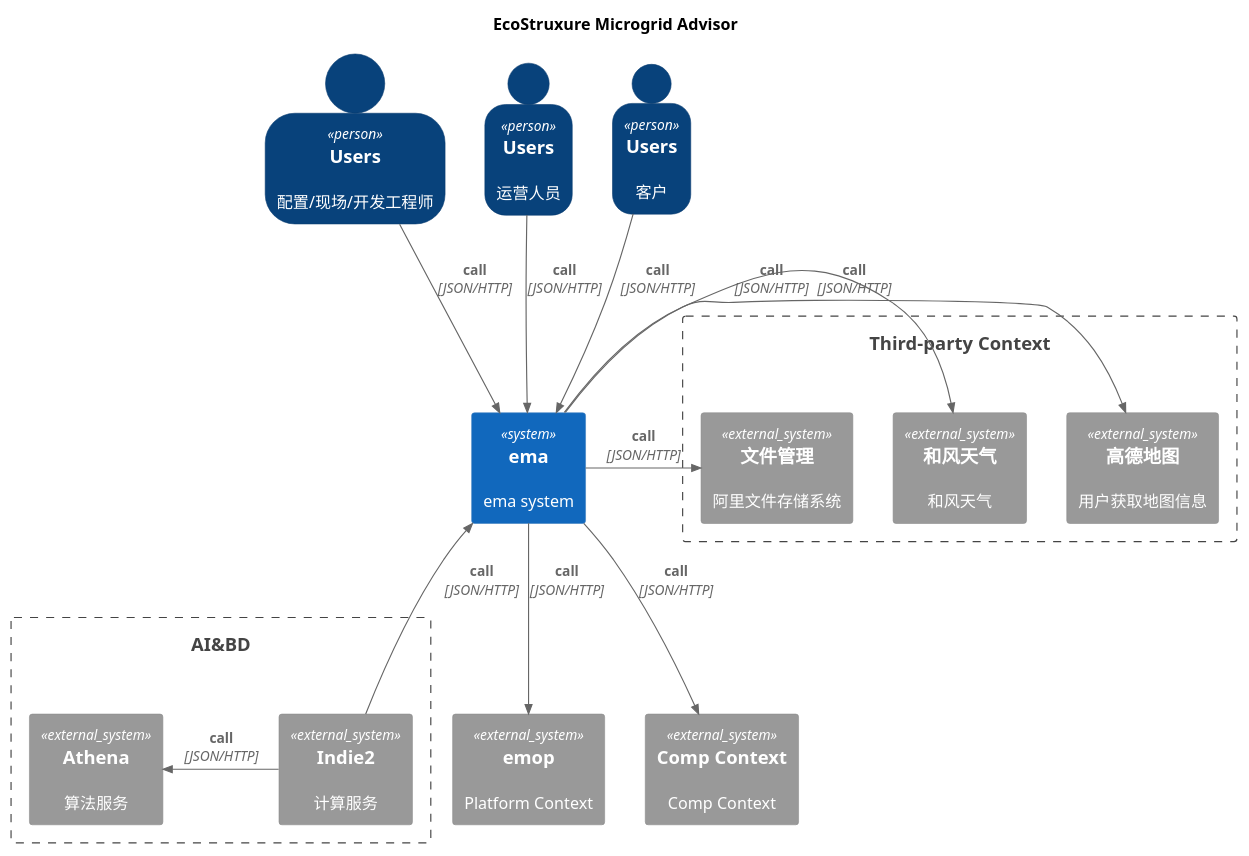
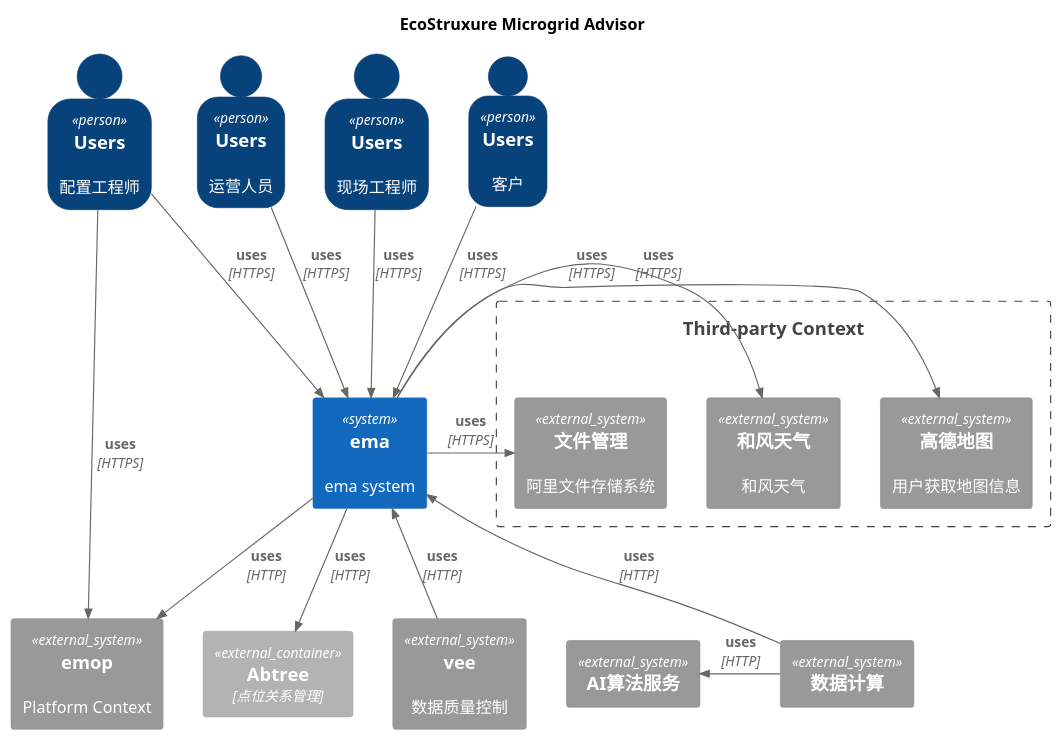
Before and after one commit to 0shuibo/C4-UML: the diagram in c4-ema/ema_system.puml, drawn with PlantUML. The commit also changed 2 other files, not shown here.

Commit message:
提交C4图

```diff
--- a/c4-ema/ema_system.puml
+++ b/c4-ema/ema_system.puml
@@ -1,54 +1,61 @@
 @startuml energy_hub_system
 !include ../C4_Context.puml
+!include ../C4_Container.puml
 
 LAYOUT_TOP_DOWN()
 SHOW_PERSON_OUTLINE()
 
 title EcoStruxure Microgrid Advisor
 
-Person(customer1, Users, "配置/现场/开发工程师")
 Person(customer2, Users, "运营人员")
+Person(customer1, Users, "配置工程师")
+Person(customer4, Users, "现场工程师")
 Person(customer3, Users, "客户")
 
 
 System(ema, "ema", "ema system")
 
 
 System_Ext(xiot, "emop", "Platform Context")
 
-System_Ext(compSystem, "Comp Context", "Comp Context")
+Container_Ext(abtree, "Abtree", "点位关系管理")
+
+System_Ext(vee, "vee", "数据质量控制")
 
 
-Boundary(AI&BD, "AI&BD") {
-     System_Ext(athena, "Athena", "算法服务")
-     System_Ext(indie2, "Indie2", "计算服务")
-}
+System_Ext(athena, "AI算法服务", "")
+System_Ext(indie2, "数据计算", "")
 
 
 Boundary(thirdPartySystem, "Third-party Context") {
     System_Ext(gis, "高德地图", "用户获取地图信息")
     System_Ext(oss, "文件管理", "阿里文件存储系统")
     System_Ext(geo, "和风天气", "和风天气")
 }
 
-Rel_D(customer1,ema,"call", "JSON/HTTP")
-Rel_D(customer2,ema,"call", "JSON/HTTP")
-Rel_D(customer3,ema,"call", "JSON/HTTP")
+' SystemQueue_Ext(rabbitMq, "RabbitMq", "消息中间件")
+' Rel_R(rabbitMq,ema,"uses", "AMQP")
+
+Rel_D(customer1,ema,"uses", "HTTPS")
+Rel_D(customer2,ema,"uses", "HTTPS")
+Rel_D(customer3,ema,"uses", "HTTPS")
+Rel_D(customer4,ema,"uses", "HTTPS")
 
 
-Rel_R(ema,gis,"call", "JSON/HTTP")
-Rel_R(ema,geo,"call", "JSON/HTTP")
-Rel_R(ema,oss,"call", "JSON/HTTP")
+Rel_R(ema,gis,"uses", "HTTPS")
+Rel_R(ema,geo,"uses", "HTTPS")
+Rel_R(ema,oss,"uses", "HTTPS")
 
-Rel_U(indie2,ema,"call", "JSON/HTTP")
-Rel_L(indie2,athena,"call", "JSON/HTTP")
-Rel_D(ema,compSystem,"call", "JSON/HTTP")
+Rel_U(indie2,ema,"uses", "HTTP")
+Rel_L(indie2,athena,"uses", "HTTP")
+Rel_D(ema,abtree,"uses", "HTTP")
+Rel_U(vee,ema,"uses", "HTTP")
 
 
 
 
 
-
-Rel_D(ema,xiot,"call", "JSON/HTTP")
+Rel_D(ema,xiot,"uses", "HTTP")
+Rel_D(customer1,xiot,"uses", "HTTPS")
 
 @enduml
```
